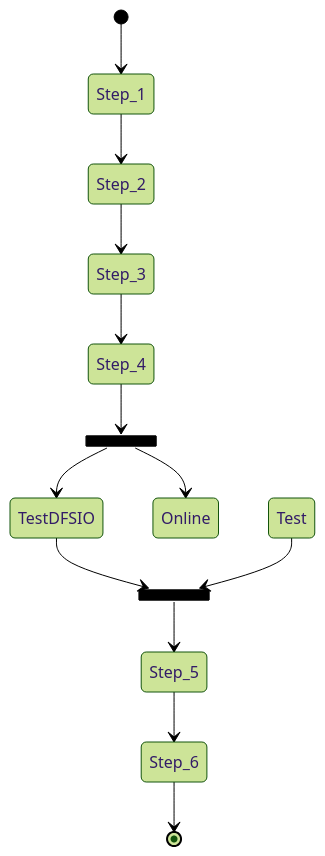
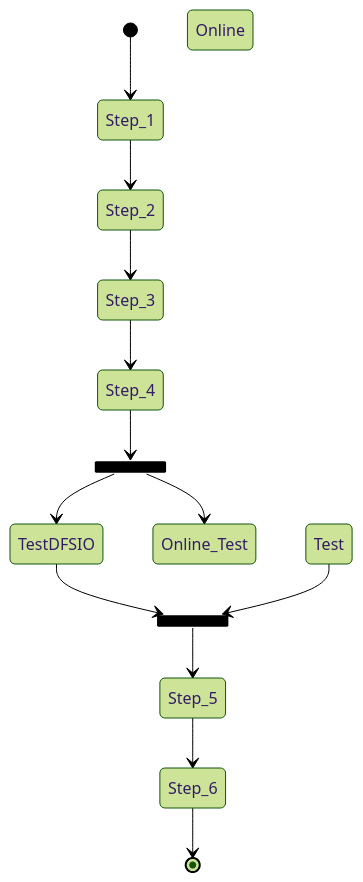
Before and after one commit to MaistoV/BSpenaHPQC: the diagram in doc/Script.md, drawn with Mermaid (forest theme).

````diff
--- a/doc/Script.md
+++ b/doc/Script.md
@@ -13,18 +13,18 @@
 ```mermaid
 stateDiagram-v2
     state fork_state <<fork>>
         [*] --> Step_1
         Step_1 --> Step_2
         Step_2 --> Step_3
         Step_3 --> Step_4
         Step_4 --> fork_state
         fork_state --> TestDFSIO
-        fork_state --> Online Test
+        fork_state --> Online_Test
 
         state join_state <<join>>
         TestDFSIO --> join_state
         Online Test --> join_state
         join_state --> Step_5
         Step_5 --> Step_6
         Step_6 --> [*]
 ```
````
